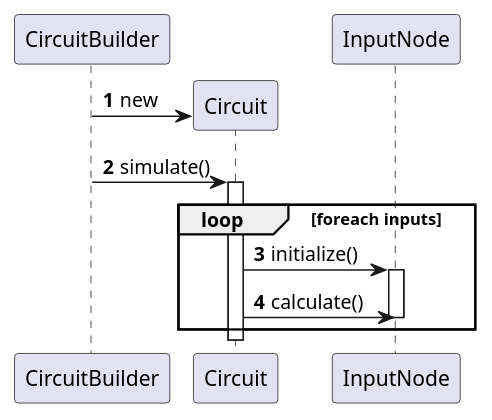
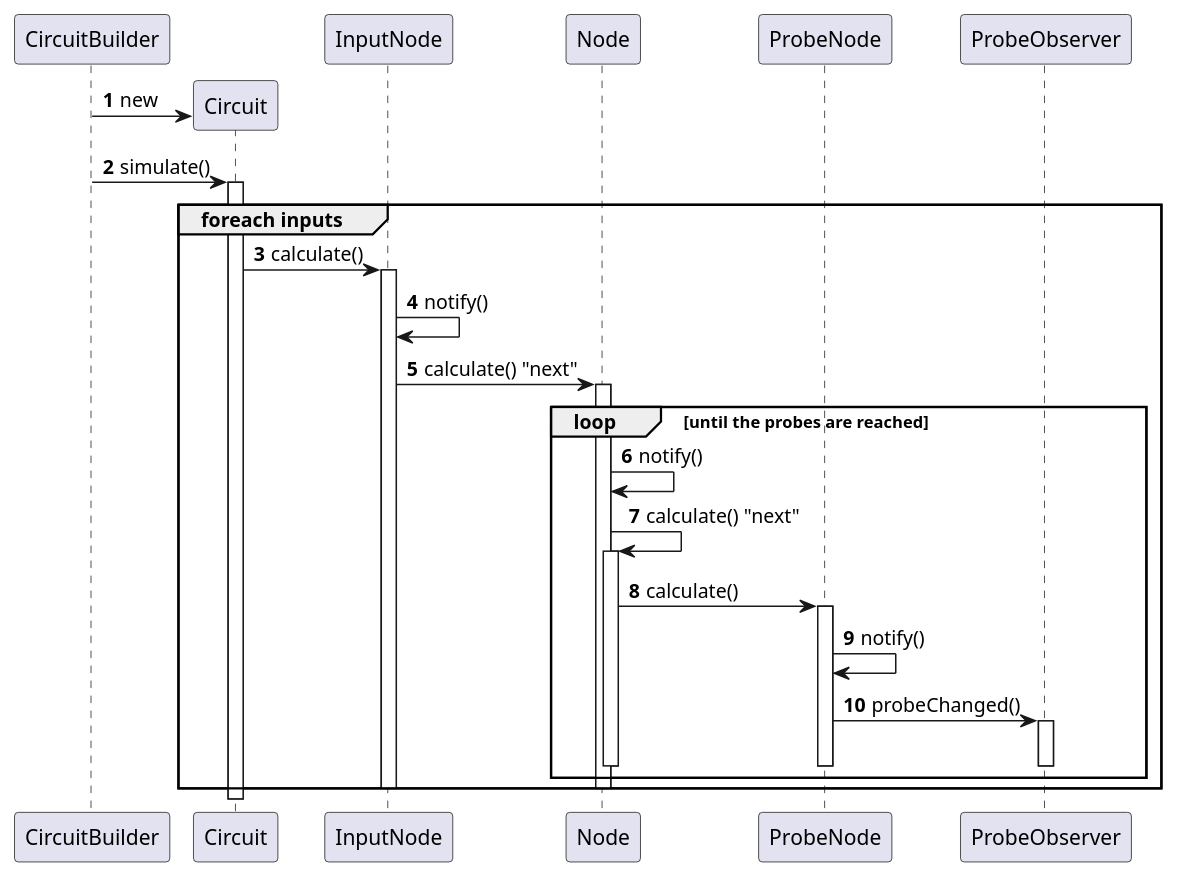
One commit to stevenliebregt/avans-dp1-sirkwie changed the diagram in docs/diagrams/sequence.puml. Above: the diagram before and after it, drawn with PlantUML.

Commit message:
sequence

```diff
--- a/docs/diagrams/sequence.puml
+++ b/docs/diagrams/sequence.puml
@@ -1,14 +1,31 @@
 @startuml
 autonumber
 
 CircuitBuilder -> Circuit ** : new
 CircuitBuilder -> Circuit ++ : simulate()
 
-loop foreach inputs
-    Circuit -> InputNode ++ : initialize()
-    Circuit -> InputNode : calculate()
+group foreach inputs
+    Circuit -> InputNode ++ : calculate()
+
+    InputNode -> InputNode : notify()
+    InputNode -> Node ++ : calculate() "next"
+
+    loop until the probes are reached
+    Node -> Node : notify()
+    Node -> Node ++ : calculate() "next"
+
+    Node -> ProbeNode ++ : calculate()
+    ProbeNode -> ProbeNode : notify()
+
+    ProbeNode -> ProbeObserver ++ : probeChanged()
+    ProbeNode --
+    ProbeObserver --
+    Node --
+
+    end
+    Node --
     InputNode --
 end
 
 Circuit --
 @enduml
```
